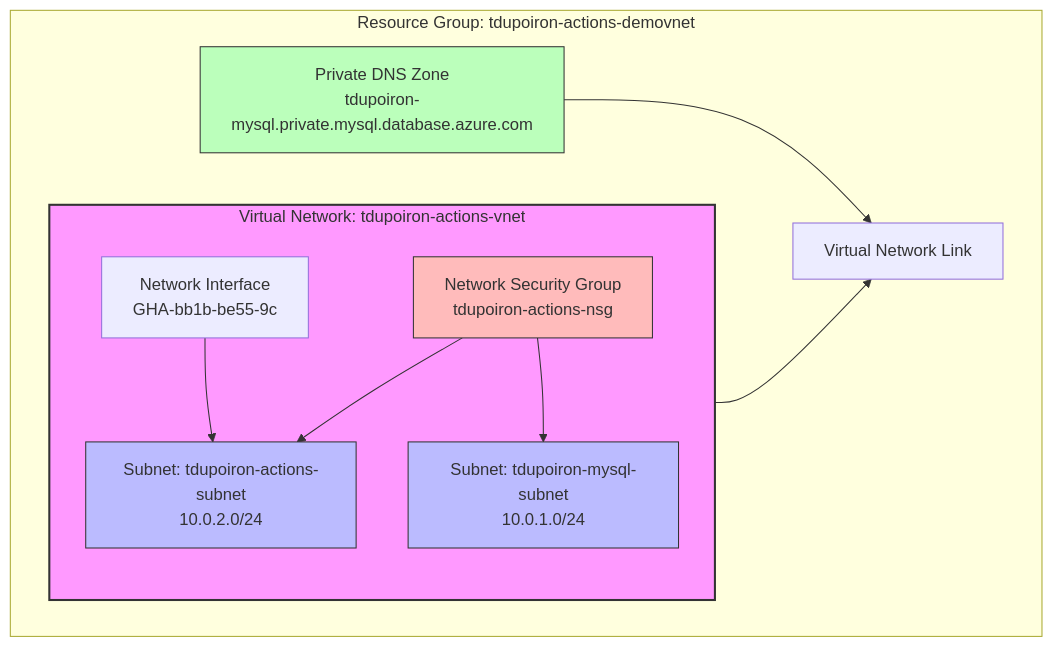
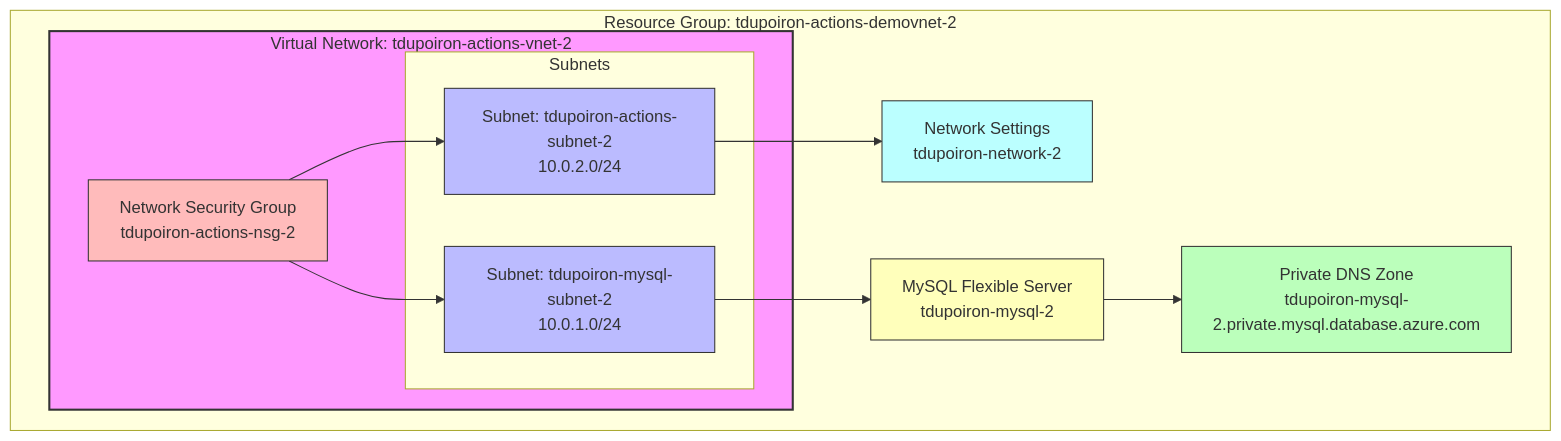
One commit to tdupoiron-org/demo-actions-vnet changed the diagram in architecture.md. Above: the diagram before and after it, drawn with Mermaid. The commit also changed other lines of this file and 3 other files, not shown here.

````diff
--- a/architecture.md
+++ b/architecture.md
@@ -3,28 +3,34 @@
 ```mermaid
-graph TD
-    subgraph RG[Resource Group: tdupoiron-actions-demovnet]
-        subgraph VNET[Virtual Network: tdupoiron-actions-vnet]
-            NSG[Network Security Group<br/>tdupoiron-actions-nsg]
-            S1[Subnet: tdupoiron-actions-subnet<br/>10.0.2.0/24]
-            S2[Subnet: tdupoiron-mysql-subnet<br/>10.0.1.0/24]
-            NIC[Network Interface<br/>GHA-bb1b-be55-9c]
+flowchart TD
+    subgraph RG[Resource Group: tdupoiron-actions-demovnet-2]
+        subgraph VNET[Virtual Network: tdupoiron-actions-vnet-2]
+            NSG[Network Security Group<br/>tdupoiron-actions-nsg-2]
+            subgraph Subnets
+                S1[Subnet: tdupoiron-actions-subnet-2<br/>10.0.2.0/24]
+                S2[Subnet: tdupoiron-mysql-subnet-2<br/>10.0.1.0/24]
+            end
         end
-        DNS[Private DNS Zone<br/>tdupoiron-mysql.private.mysql.database.azure.com]
-        VNETLINK[Virtual Network Link]
+        MYSQL[MySQL Flexible Server<br/>tdupoiron-mysql-2]
+        NETSET[Network Settings<br/>tdupoiron-network-2]
+        DNS[Private DNS Zone<br/>tdupoiron-mysql-2.private.mysql.database.azure.com]
     end
 
     NSG --> S1 & S2
-    NIC --> S1
-    VNET --> VNETLINK
-    DNS --> VNETLINK
+    S1 --> NETSET
+    S2 --> MYSQL
+    MYSQL --> DNS
 
     classDef vnet fill:#f9f,stroke:#333,stroke-width:2px;
     classDef subnet fill:#bbf,stroke:#333,stroke-width:1px;
     classDef nsg fill:#fbb,stroke:#333,stroke-width:1px;
+    classDef mysql fill:#ffb,stroke:#333,stroke-width:1px;
+    classDef netset fill:#bff,stroke:#333,stroke-width:1px;
     classDef dns fill:#bfb,stroke:#333,stroke-width:1px;
     
     class VNET vnet;
     class S1,S2 subnet;
     class NSG nsg;
+    class MYSQL mysql;
+    class NETSET netset;
     class DNS dns;
 ```
````
